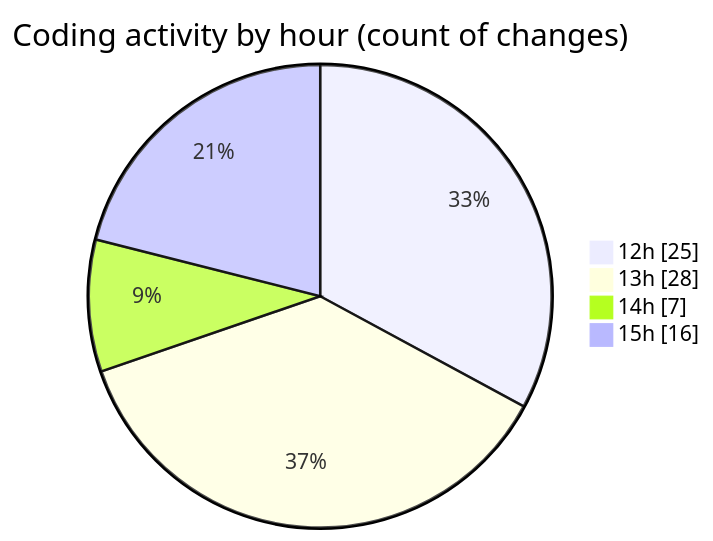
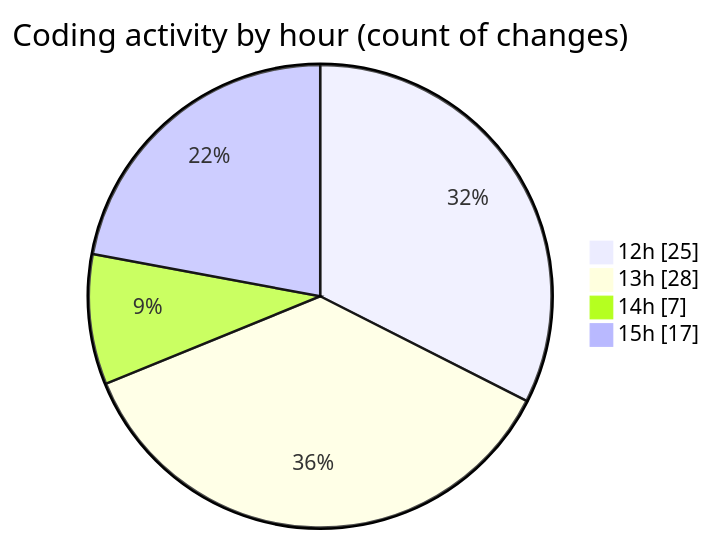
One commit to momahboobian/code-tracking changed the second of 2 diagrams in 2025-08-15/cda/README.md. Above: the diagram before and after it, drawn with Mermaid. The commit also changed other lines of this file and 1 other file, not shown here.

````diff
--- a/2025-08-15/cda/README.md
+++ b/2025-08-15/cda/README.md
@@ -42,8 +42,8 @@
 ```mermaid
 pie showData
 title Coding activity by hour (count of changes)
 "12h" : 25
 "13h" : 28
 "14h" : 7
-"15h" : 16
+"15h" : 17
 ```
````
